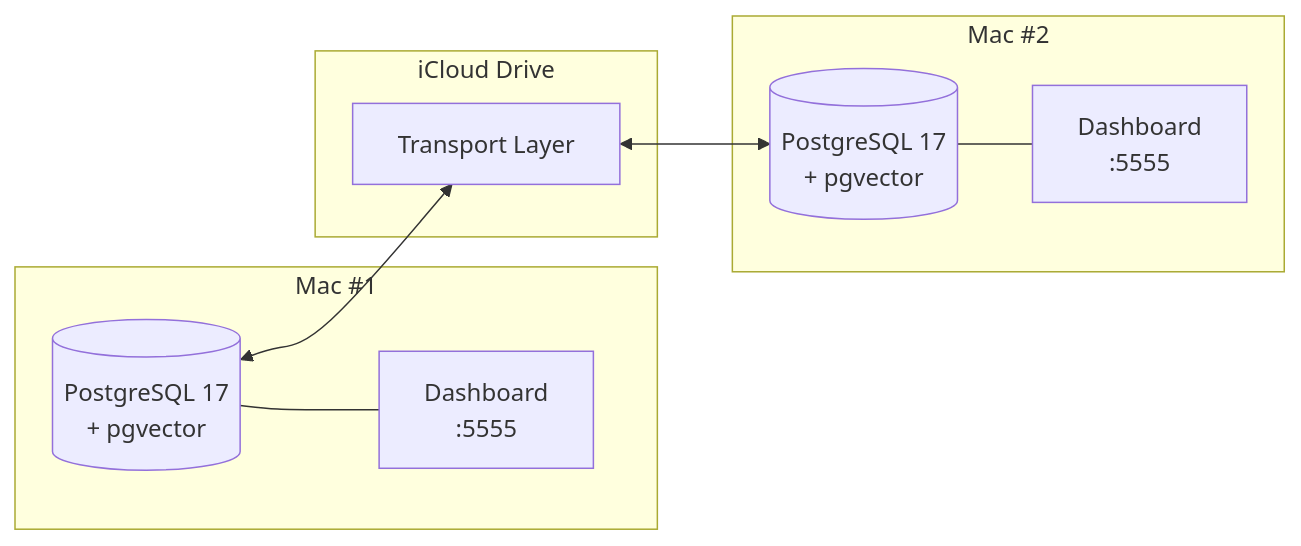
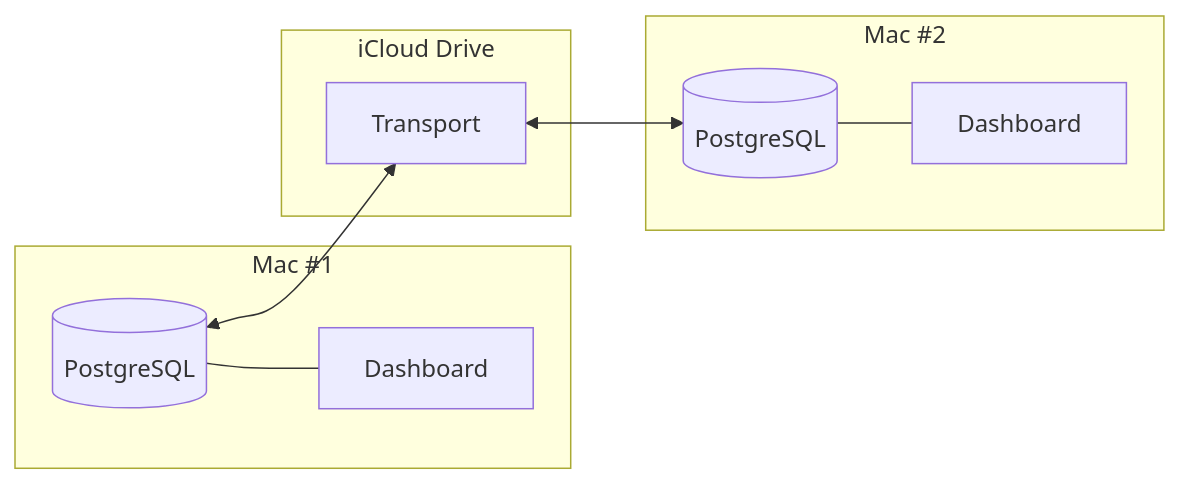
Before and after one commit to MyronKoch/longterm-memory-macos: the second of 2 diagrams in README.md, drawn with Mermaid. The commit also changed other lines of this file, not shown here.

First line of the commit message:
Add full system architecture diagram to README

````diff
--- a/README.md
+++ b/README.md
@@ -152,21 +186,21 @@
 ```mermaid
 flowchart LR
     subgraph Mac1[Mac #1]
-        DB1[(PostgreSQL 17\n+ pgvector)]
-        D1[Dashboard\n:5555]
+        DB1[(PostgreSQL)]
+        D1[Dashboard]
         DB1 --- D1
     end
     
     subgraph Mac2[Mac #2]
-        DB2[(PostgreSQL 17\n+ pgvector)]
-        D2[Dashboard\n:5555]
+        DB2[(PostgreSQL)]
+        D2[Dashboard]
         DB2 --- D2
     end
     
     subgraph Sync[iCloud Drive]
-        T[Transport Layer]
+        T[Transport]
     end
     
     DB1 <--> T
     T <--> DB2
 ```
````
